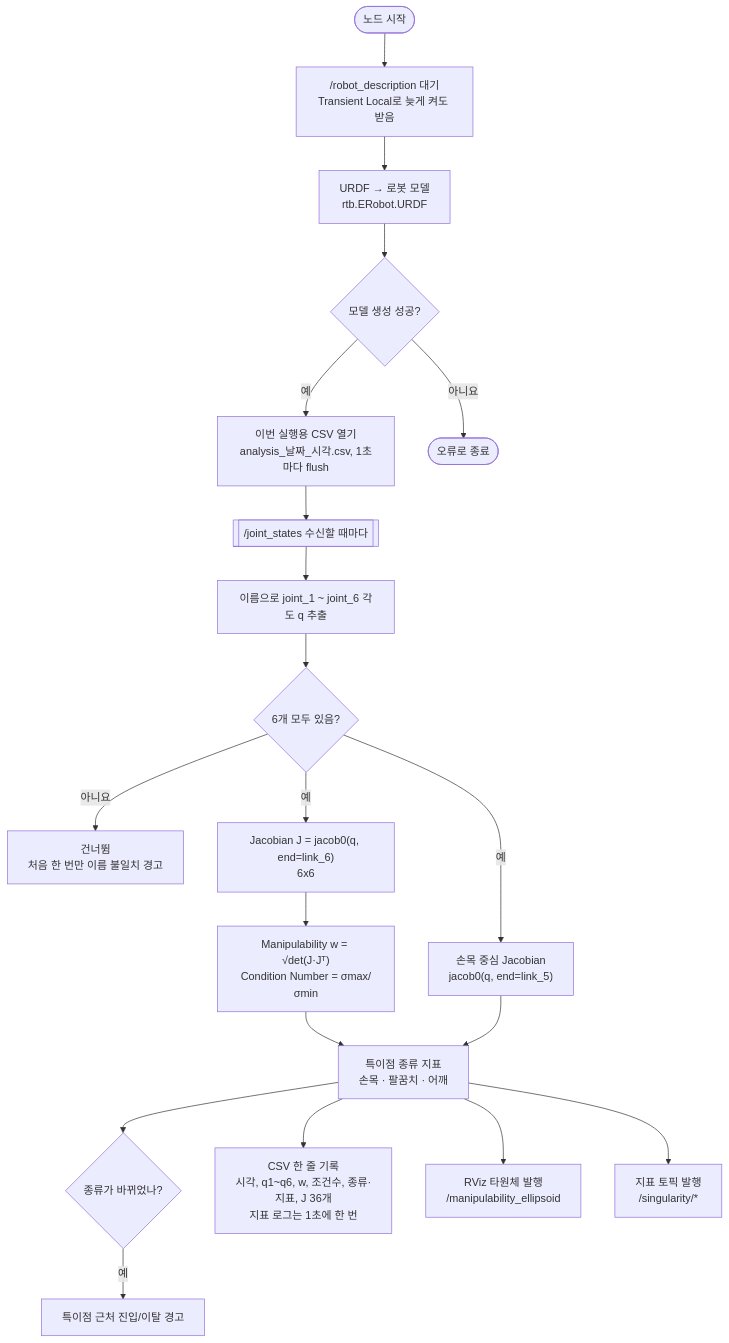
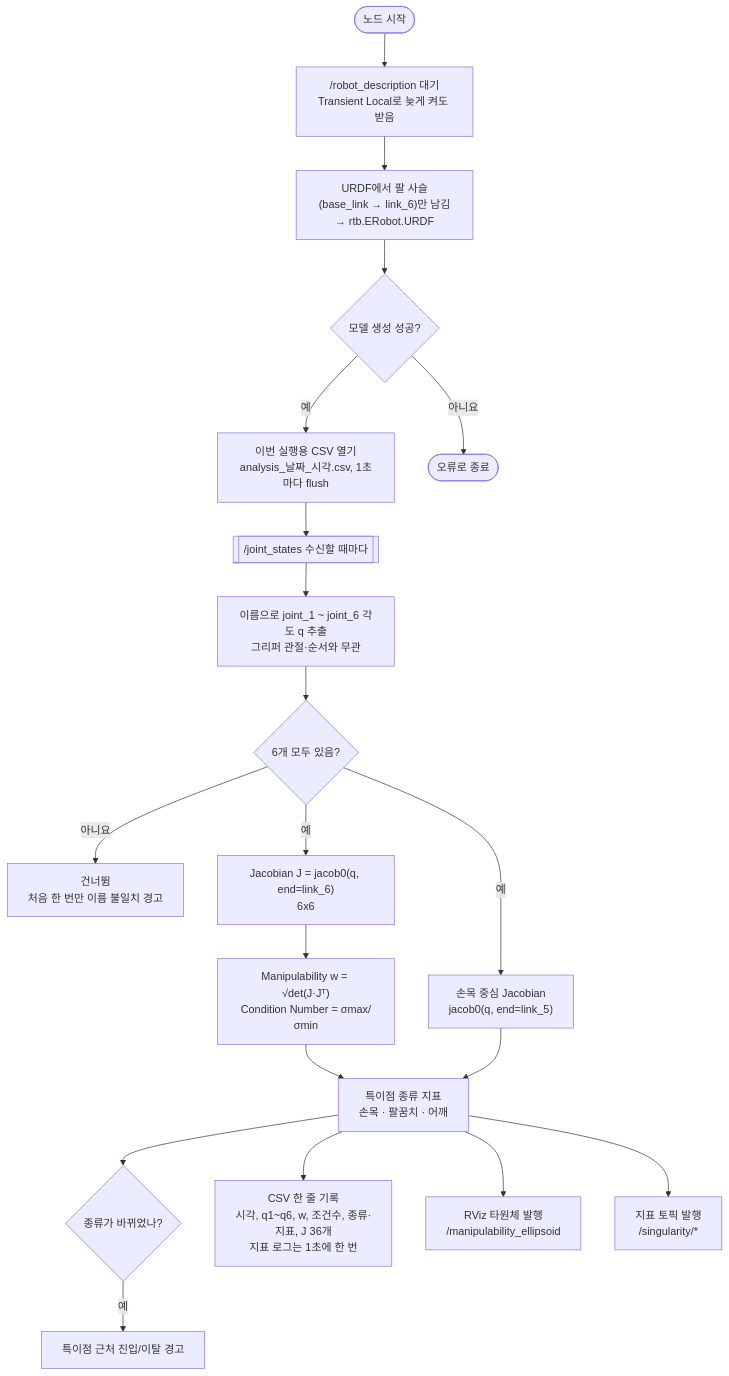
One commit to yoonheon051/singularity_analysis changed the second of 3 diagrams in README.md. Above: the diagram before and after it, drawn with Mermaid. The commit also changed other lines of this file and 77 other files, not shown here.

````diff
--- a/README.md
+++ b/README.md
@@ -538,21 +573,21 @@
 ```mermaid
 flowchart TD
     A(["노드 시작"]) --> C["/robot_description 대기<br/>Transient Local로 늦게 켜도 받음"]
-    C --> D["URDF → 로봇 모델<br/>rtb.ERobot.URDF"]
+    C --> D["URDF에서 팔 사슬(base_link → link_6)만 남김<br/>→ rtb.ERobot.URDF"]
     D --> E{"모델 생성 성공?"}
     E -- 예 --> B["이번 실행용 CSV 열기<br/>analysis_날짜_시각.csv, 1초마다 flush"]
     E -- 아니요 --> X(["오류로 종료"])
     B --> F[["/joint_states 수신할 때마다"]]
-    F --> G["이름으로 joint_1 ~ joint_6 각도 q 추출"]
+    F --> G["이름으로 joint_1 ~ joint_6 각도 q 추출<br/>그리퍼 관절·순서와 무관"]
     G --> H{"6개 모두 있음?"}
     H -- 아니요 --> W["건너뜀<br/>처음 한 번만 이름 불일치 경고"]
     H -- 예 --> J["Jacobian J = jacob0(q, end=link_6)<br/>6x6"]
     J --> M["Manipulability w = √det(J·Jᵀ)<br/>Condition Number = σmax/σmin"]
     H -- 예 --> JW["손목 중심 Jacobian<br/>jacob0(q, end=link_5)"]
     M & JW --> T["특이점 종류 지표<br/>손목 · 팔꿈치 · 어깨"]
     T --> TC{"종류가 바뀌었나?"}
     TC -- 예 --> WARN["특이점 근처 진입/이탈 경고"]
     T --> L["CSV 한 줄 기록<br/>시각, q1~q6, w, 조건수, 종류·지표, J 36개<br/>지표 로그는 1초에 한 번"]
     T --> RV["RViz 타원체 발행<br/>/manipulability_ellipsoid"]
     T --> TP["지표 토픽 발행<br/>/singularity/*"]
 ```
````
